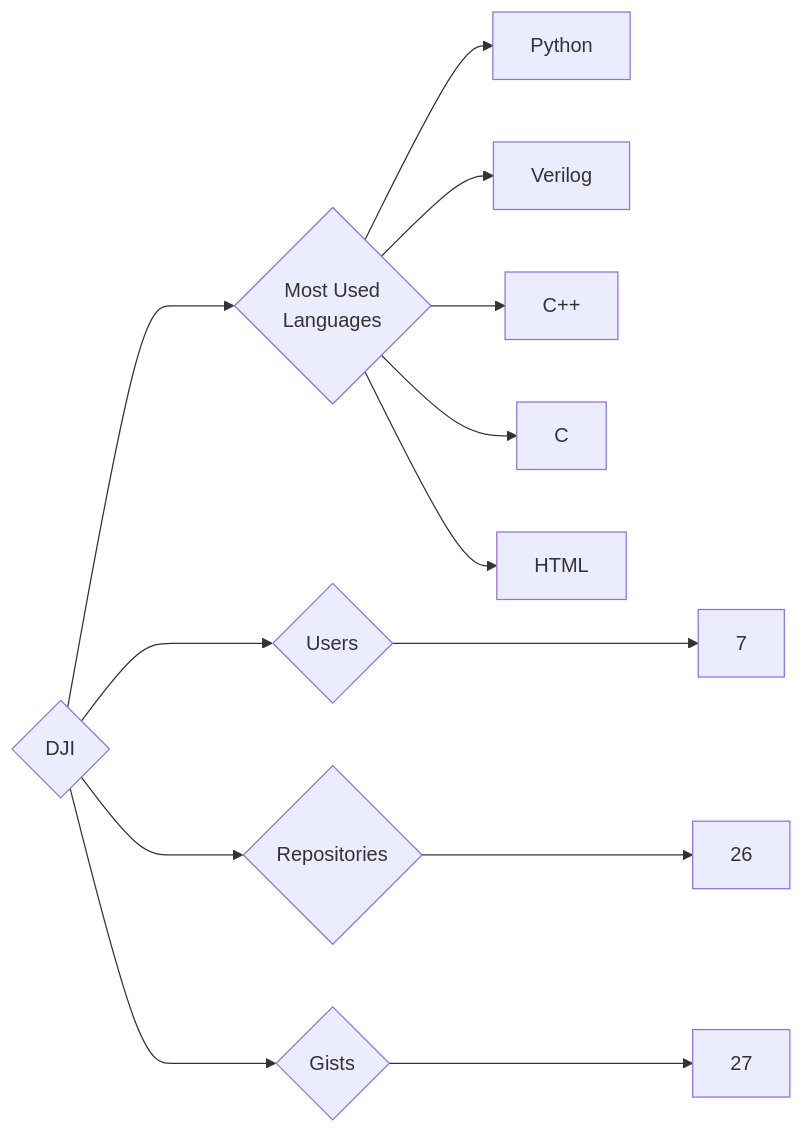
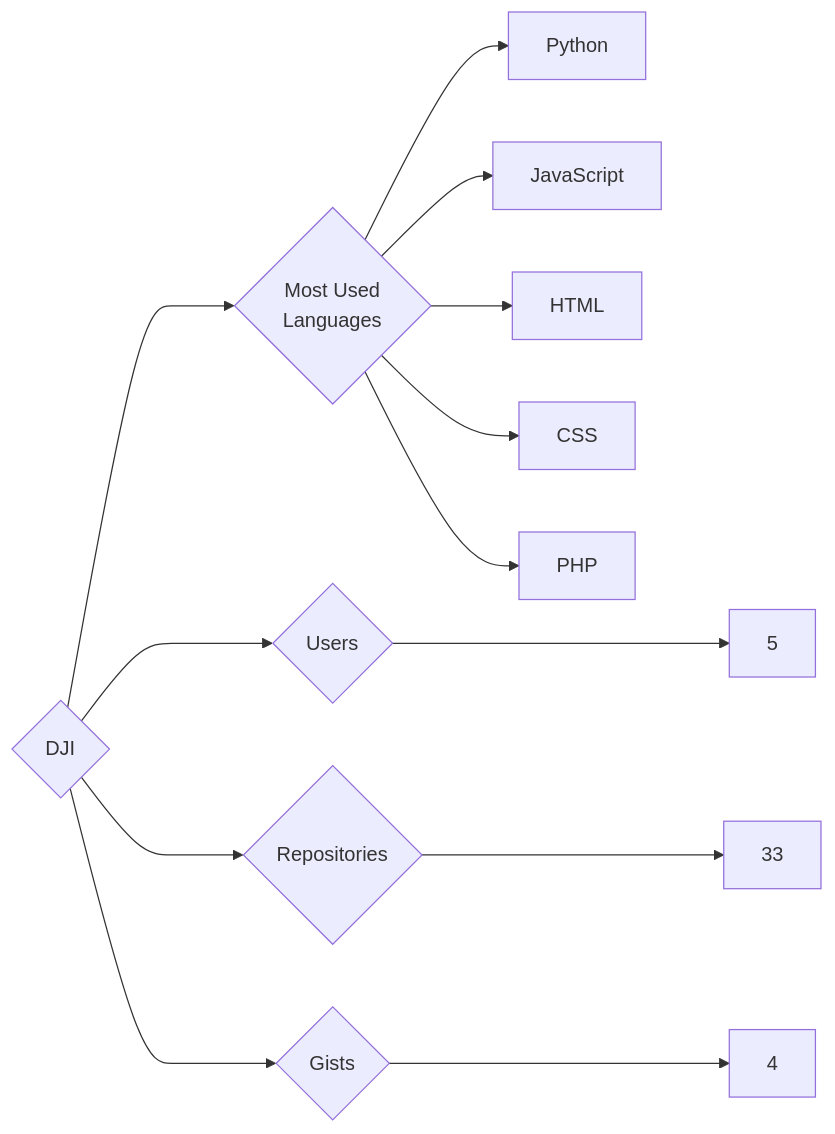
The diagram in targets/DJI/README.md (trickest/insiders), drawn with Mermaid before and after one commit. The commit also changed 840 other files, not shown here.

````diff
--- a/targets/DJI/README.md
+++ b/targets/DJI/README.md
@@ -3,13 +3,13 @@
 ```mermaid
 graph LR
 COMPANY_NAME{DJI}
-COMPANY_NAME ---> U{Users} ---> UN[7]
-COMPANY_NAME ---> R{Repositories} ---> RN[26]
-COMPANY_NAME ---> G{Gists} ---> GN[27]
+COMPANY_NAME ---> U{Users} ---> UN[5]
+COMPANY_NAME ---> R{Repositories} ---> RN[33]
+COMPANY_NAME ---> G{Gists} ---> GN[4]
 COMPANY_NAME ---> ML{Most Used<br>Languages}
 ML --> Python[Python]
-ML --> Verilog[Verilog]
-ML --> C++[C++]
-ML --> C[C]
+ML --> JavaScript[JavaScript]
 ML --> HTML[HTML]
+ML --> CSS[CSS]
+ML --> PHP[PHP]
 ```
````
